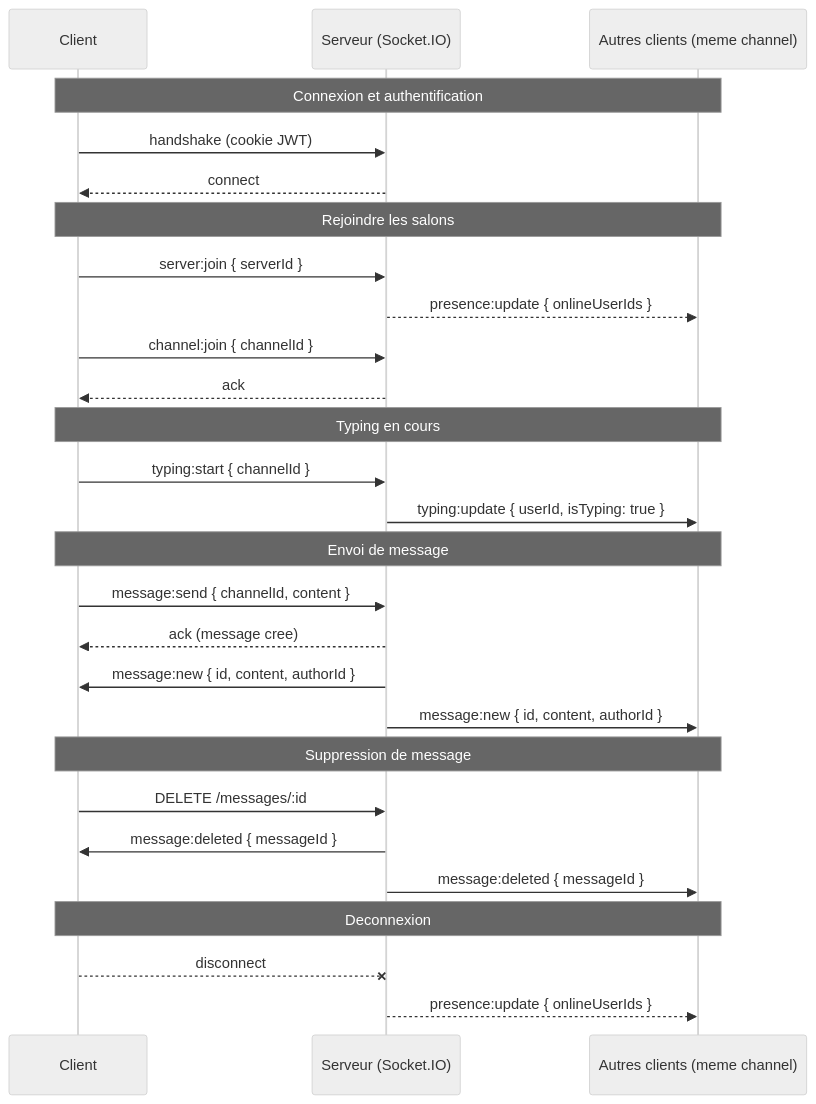
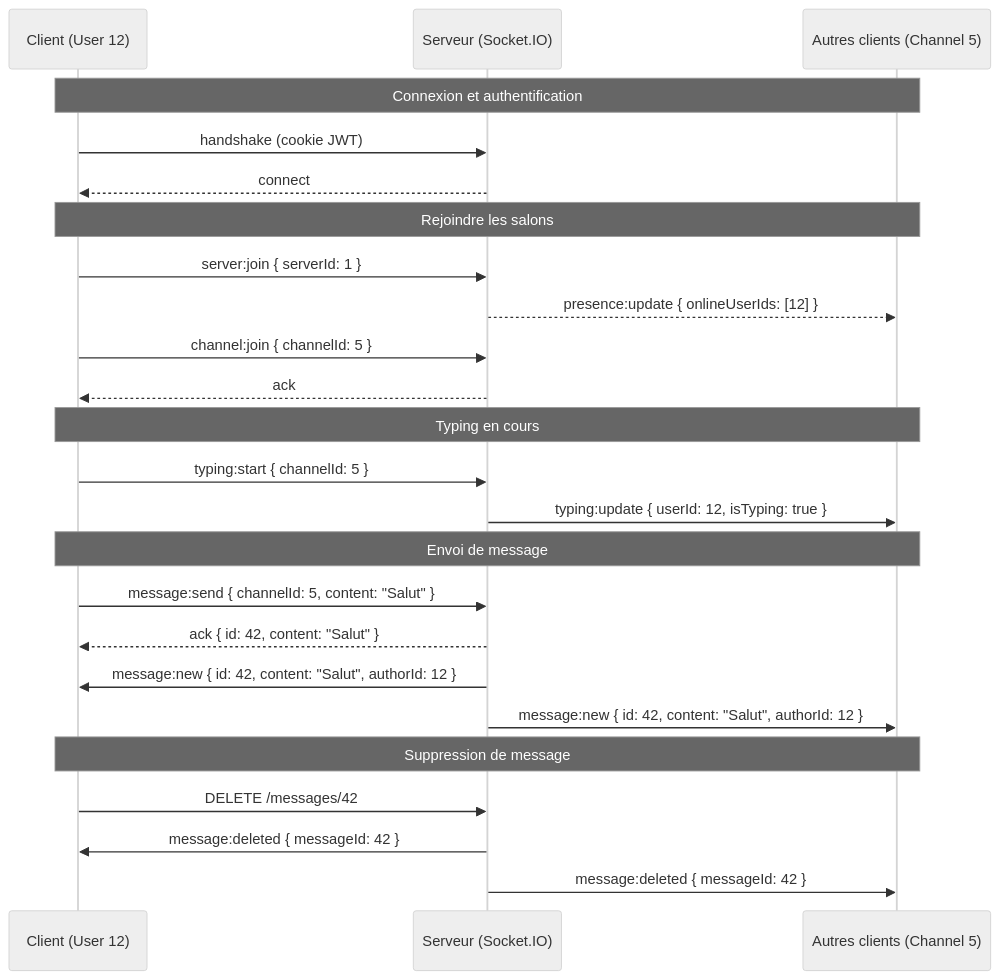
One commit to LeM701/rtc-project changed the second of 2 diagrams in README.md. Above: the diagram before and after it, drawn with Mermaid (neutral theme).

Commit message:
fix: add details to mermaid schema

````diff
--- a/README.md
+++ b/README.md
@@ -165,35 +165,26 @@
 ```mermaid
 sequenceDiagram
-    participant C as Client
+    participant C as Client (User 12)
     participant S as Serveur (Socket.IO)
-    participant O as Autres clients (meme channel)
-
+    participant O as Autres clients (Channel 5)
     Note over C, O: Connexion et authentification
     C->>S: handshake (cookie JWT)
     S-->>C: connect
-
     Note over C, O: Rejoindre les salons
-    C->>S: server:join { serverId }
-    S-->>O: presence:update { onlineUserIds }
-    C->>S: channel:join { channelId }
+    C->>S: server:join { serverId: 1 }
+    S-->>O: presence:update { onlineUserIds: [12] }
+    C->>S: channel:join { channelId: 5 }
     S-->>C: ack
-
     Note over C, O: Typing en cours
-    C->>S: typing:start { channelId }
-    S->>O: typing:update { userId, isTyping: true }
-
+    C->>S: typing:start { channelId: 5 }
+    S->>O: typing:update { userId: 12, isTyping: true }
     Note over C, O: Envoi de message
-    C->>S: message:send { channelId, content }
-    S-->>C: ack (message cree)
-    S->>C: message:new { id, content, authorId }
-    S->>O: message:new { id, content, authorId }
-
+    C->>S: message:send { channelId: 5, content: "Salut" }
+    S-->>C: ack { id: 42, content: "Salut" }
+    S->>C: message:new { id: 42, content: "Salut", authorId: 12 }
+    S->>O: message:new { id: 42, content: "Salut", authorId: 12 }
     Note over C, O: Suppression de message
-    C->>S: DELETE /messages/:id
-    S->>C: message:deleted { messageId }
-    S->>O: message:deleted { messageId }
-
-    Note over C, O: Deconnexion
-    C--xS: disconnect
-    S-->>O: presence:update { onlineUserIds }
+    C->>S: DELETE /messages/42
+    S->>C: message:deleted { messageId: 42 }
+    S->>O: message:deleted { messageId: 42 }
 ```
````
